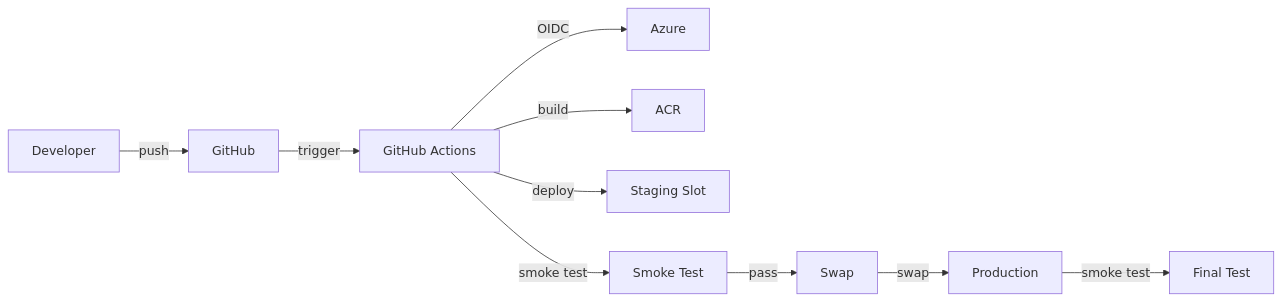
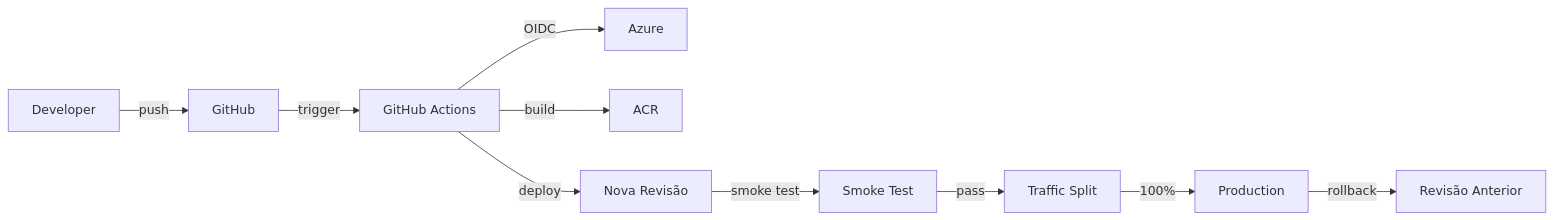
The diagram in docs/deployment_azure.md (leopas/teste-overlabs), drawn with Mermaid before and after one commit. The commit also changed other lines of this file and 12 other files, not shown here.

````diff
--- a/docs/deployment_azure.md
+++ b/docs/deployment_azure.md
@@ -31,12 +42,12 @@
 ```mermaid
 flowchart LR
     DEV[Developer] -->|push| GH[GitHub]
     GH -->|trigger| WF[GitHub Actions]
     WF -->|OIDC| AZ[Azure]
     WF -->|build| ACR[ACR]
-    WF -->|deploy| STG[Staging Slot]
-    WF -->|smoke test| TEST[Smoke Test]
-    TEST -->|pass| SWAP[Swap]
-    SWAP -->|swap| PROD[Production]
-    PROD -->|smoke test| FINAL[Final Test]
+    WF -->|deploy| REV[Nova Revisão]
+    REV -->|smoke test| TEST[Smoke Test]
+    TEST -->|pass| TRAF[Traffic Split]
+    TRAF -->|100%| PROD[Production]
+    PROD -->|rollback| OLD[Revisão Anterior]
 ```
````
